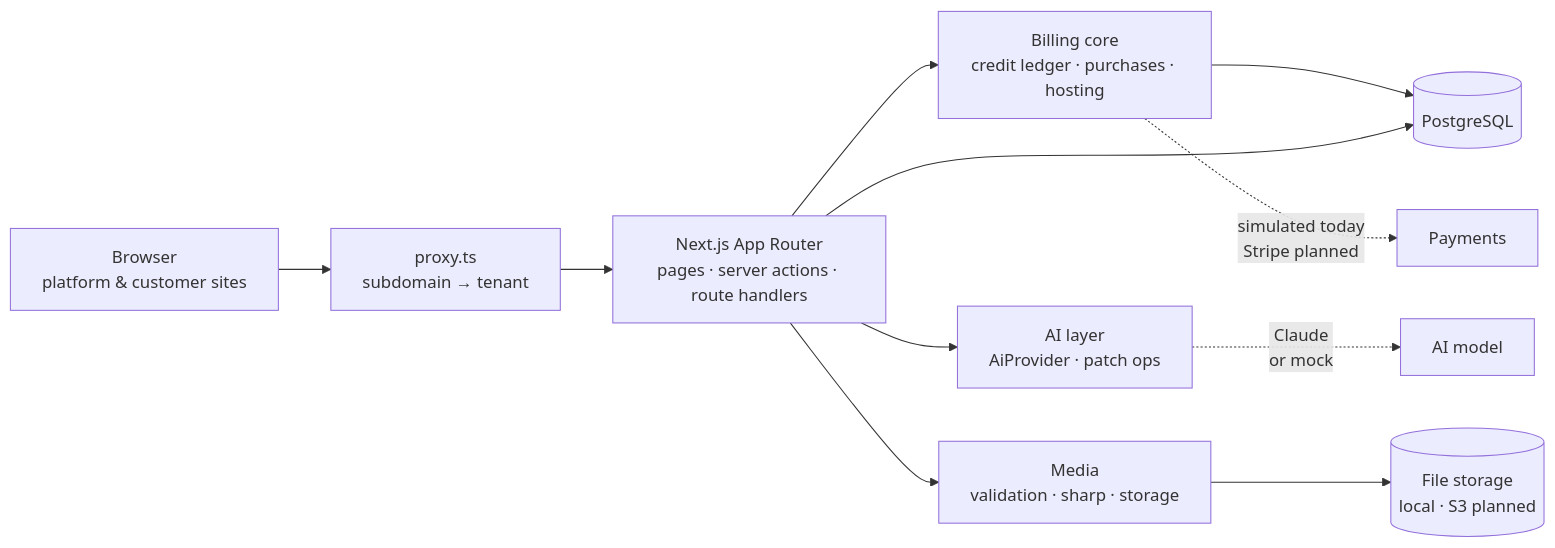
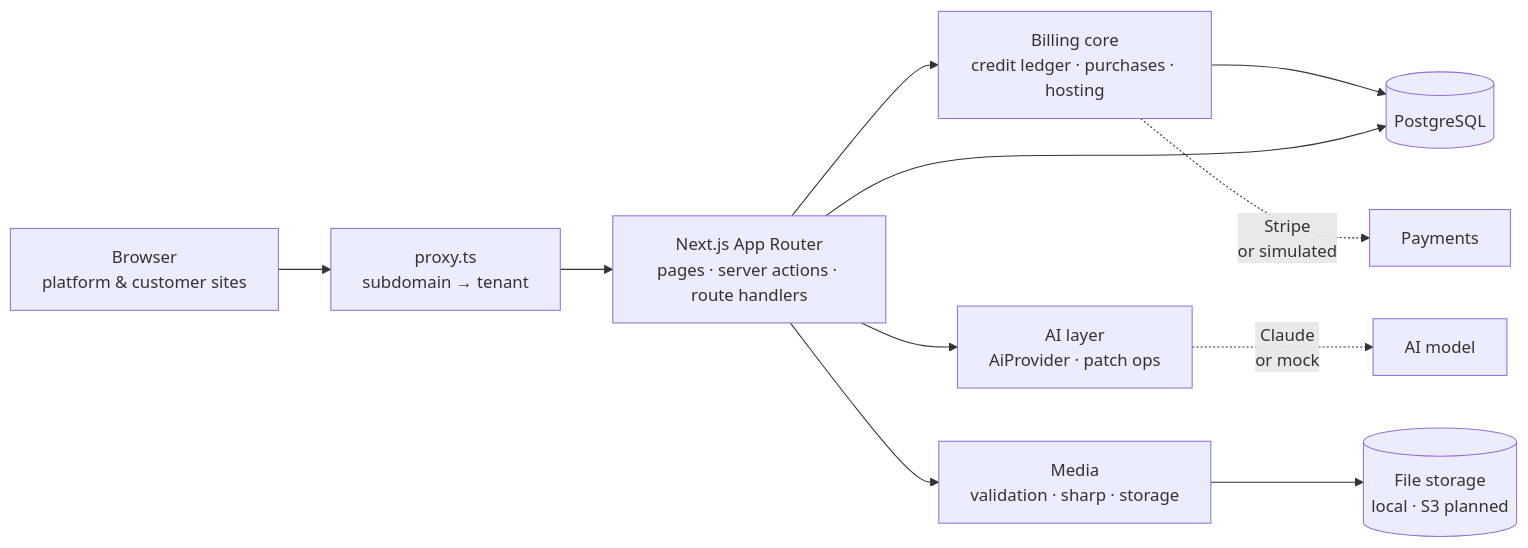
One commit to BailinZheng/appbuilder changed the diagram in README.md. Above: the diagram before and after it, drawn with Mermaid. The commit also changed other lines of this file and 25 other files, not shown here.

````diff
--- a/README.md
+++ b/README.md
@@ -142,13 +147,13 @@
 ```mermaid
 flowchart LR
     Browser["Browser<br/>platform & customer sites"] --> Proxy["proxy.ts<br/>subdomain → tenant"]
     Proxy --> App["Next.js App Router<br/>pages · server actions · route handlers"]
     App --> Billing["Billing core<br/>credit ledger · purchases · hosting"]
     App --> AI["AI layer<br/>AiProvider · patch ops"]
     App --> Media["Media<br/>validation · sharp · storage"]
     Billing --> DB[(PostgreSQL)]
     App --> DB
     AI -. "Claude<br/>or mock" .-> Model["AI model"]
-    Billing -. "simulated today<br/>Stripe planned" .-> Pay["Payments"]
+    Billing -. "Stripe<br/>or simulated" .-> Pay["Payments"]
     Media --> Files[("File storage<br/>local · S3 planned")]
 ```
````
